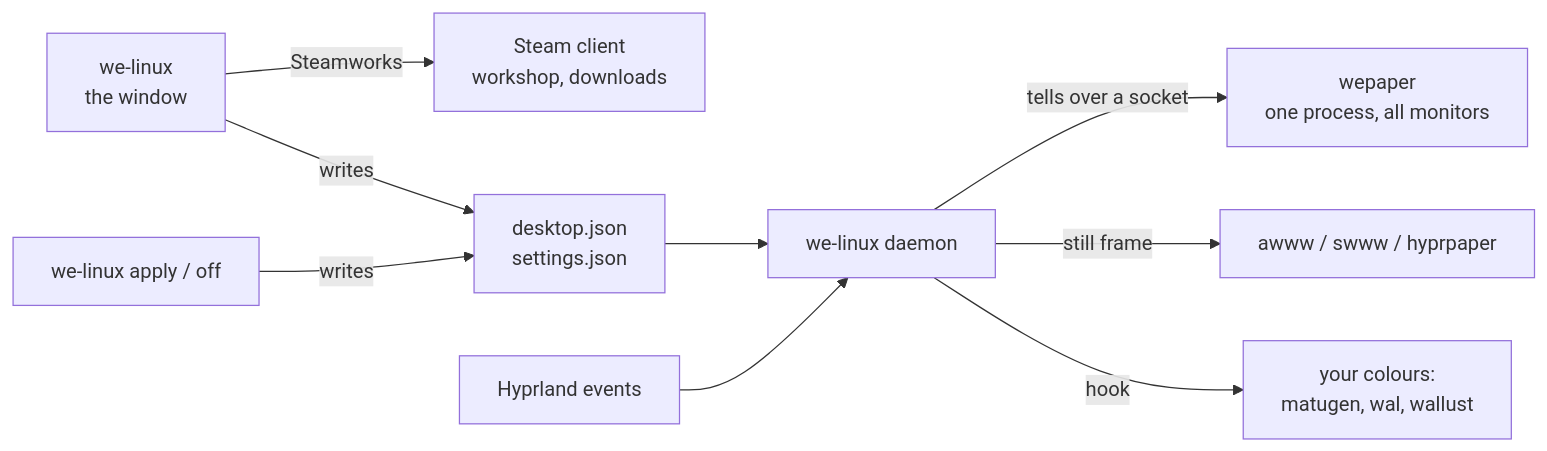
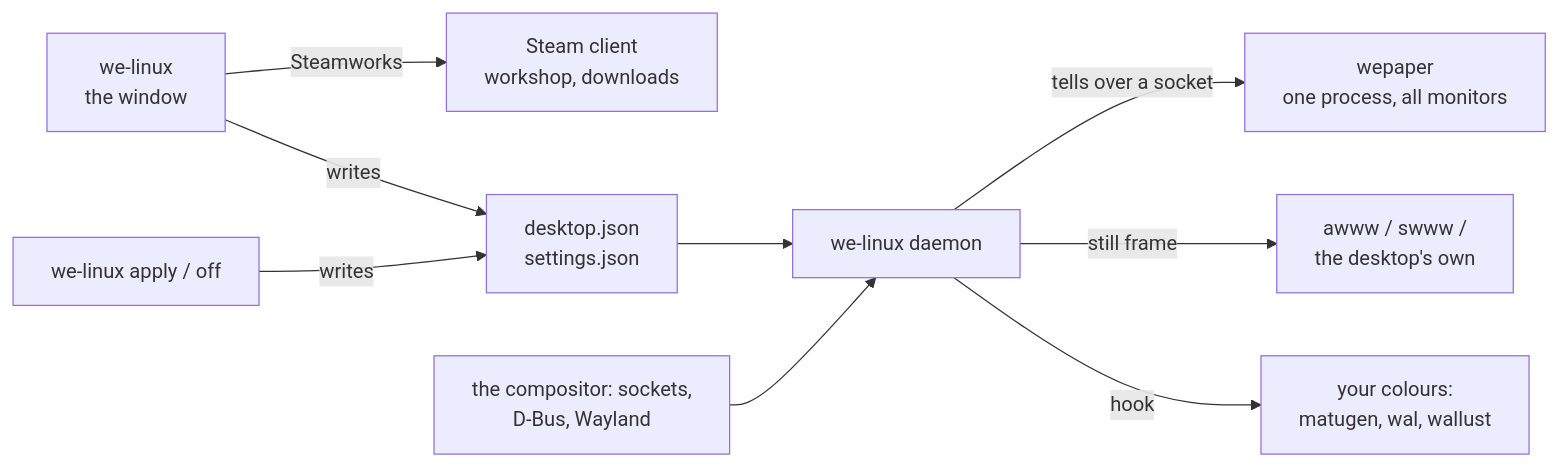
The diagram in README.md (MoonTiwzy/we-linux), drawn with Mermaid before and after one commit. The commit also changed other lines of this file and 51 other files, not shown here.

Commit message:
Pausing, the layer's place and the still picture work on Sway, niri and KDE as on Hyprland, each through its own interface

````diff
--- a/README.md
+++ b/README.md
@@ -262,11 +309,11 @@
 ```mermaid
 flowchart LR
     W["we-linux<br>the window"] -- Steamworks --> S["Steam client<br>workshop, downloads"]
     W -- writes --> F["desktop.json<br>settings.json"]
     C["we-linux apply / off"] -- writes --> F
     F --> D["we-linux daemon"]
-    H["Hyprland events"] --> D
+    H["the compositor: sockets,<br>D-Bus, Wayland"] --> D
     D -- "tells over a socket" --> P["wepaper<br>one process, all monitors"]
-    D -- still frame --> A["awww / swww / hyprpaper"]
+    D -- still frame --> A["awww / swww /<br>the desktop's own"]
     D -- hook --> X["your colours:<br>matugen, wal, wallust"]
 ```
````
